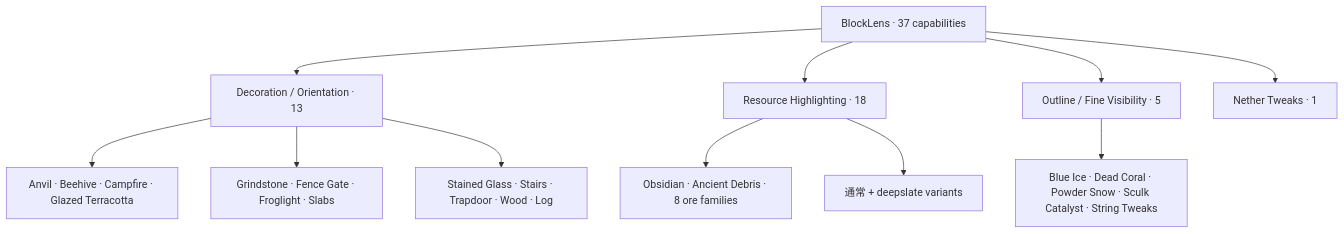
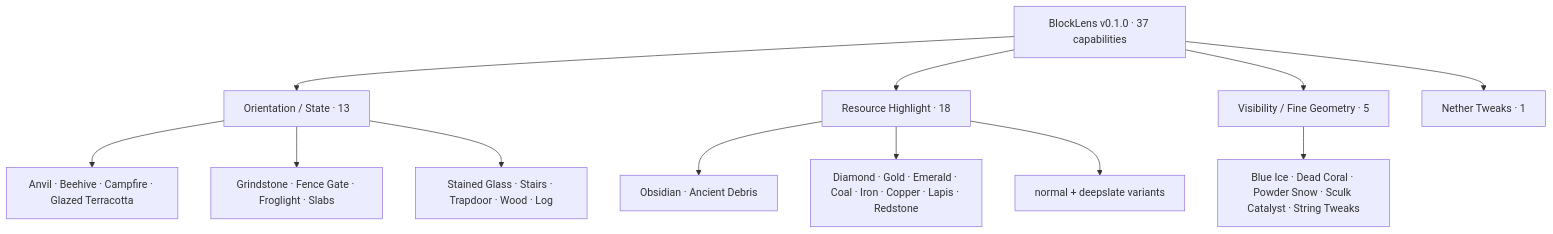
One commit to bosatsu25/BlockLens changed the third of 6 diagrams in README_ja.md. Above: the diagram before and after it, drawn with Mermaid. The commit also changed other lines of this file and 39 other files, not shown here.

First line of the commit message:
feat: absorb ChiseTweaks visual overlap into BlockLens P0

````diff
--- a/README_ja.md
+++ b/README_ja.md
@@ -42,15 +88,16 @@
 ```mermaid
 flowchart TB
-    BL[BlockLens · 37 capabilities]
-    BL --> D[Decoration / Orientation · 13]
-    BL --> R[Resource Highlighting · 18]
-    BL --> O[Outline / Fine Visibility · 5]
+    BL[BlockLens v0.1.0 · 37 capabilities]
+    BL --> D[Orientation / State · 13]
+    BL --> R[Resource Highlight · 18]
+    BL --> O[Visibility / Fine Geometry · 5]
     BL --> N[Nether Tweaks · 1]
 
     D --> D1[Anvil · Beehive · Campfire · Glazed Terracotta]
     D --> D2[Grindstone · Fence Gate · Froglight · Slabs]
     D --> D3[Stained Glass · Stairs · Trapdoor · Wood · Log]
-    R --> R1[Obsidian · Ancient Debris · 8 ore families]
-    R --> R2[通常 + deepslate variants]
+    R --> R1[Obsidian · Ancient Debris]
+    R --> R2[Diamond · Gold · Emerald · Coal · Iron · Copper · Lapis · Redstone]
+    R --> R3[normal + deepslate variants]
     O --> O1[Blue Ice · Dead Coral · Powder Snow · Sculk Catalyst · String Tweaks]
 ```
````
